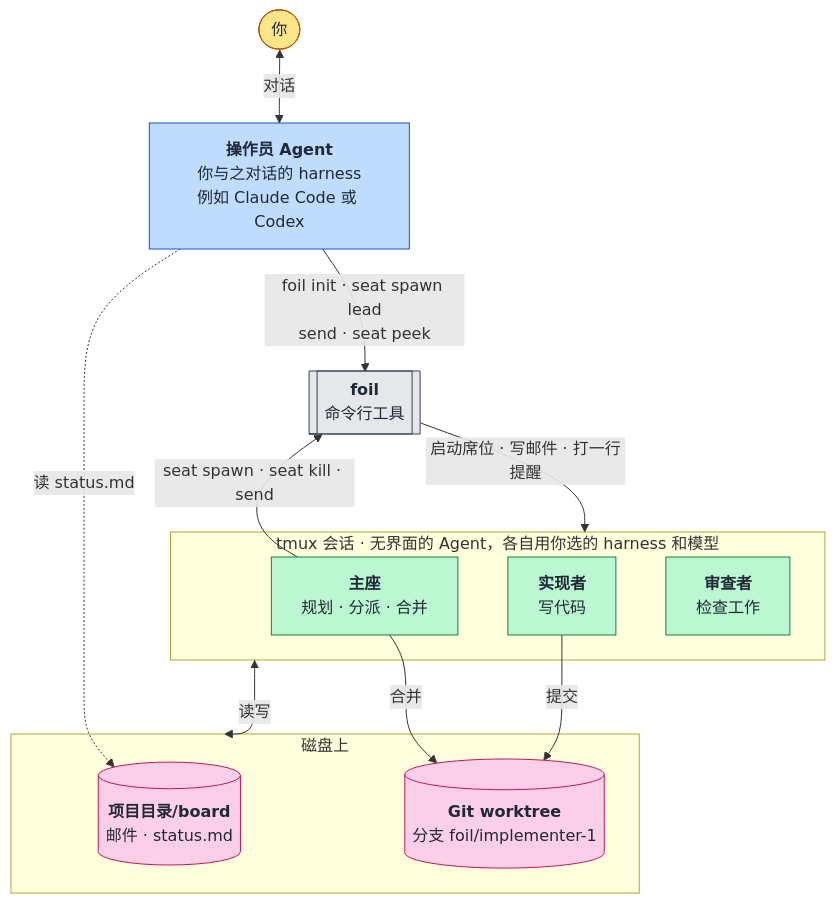
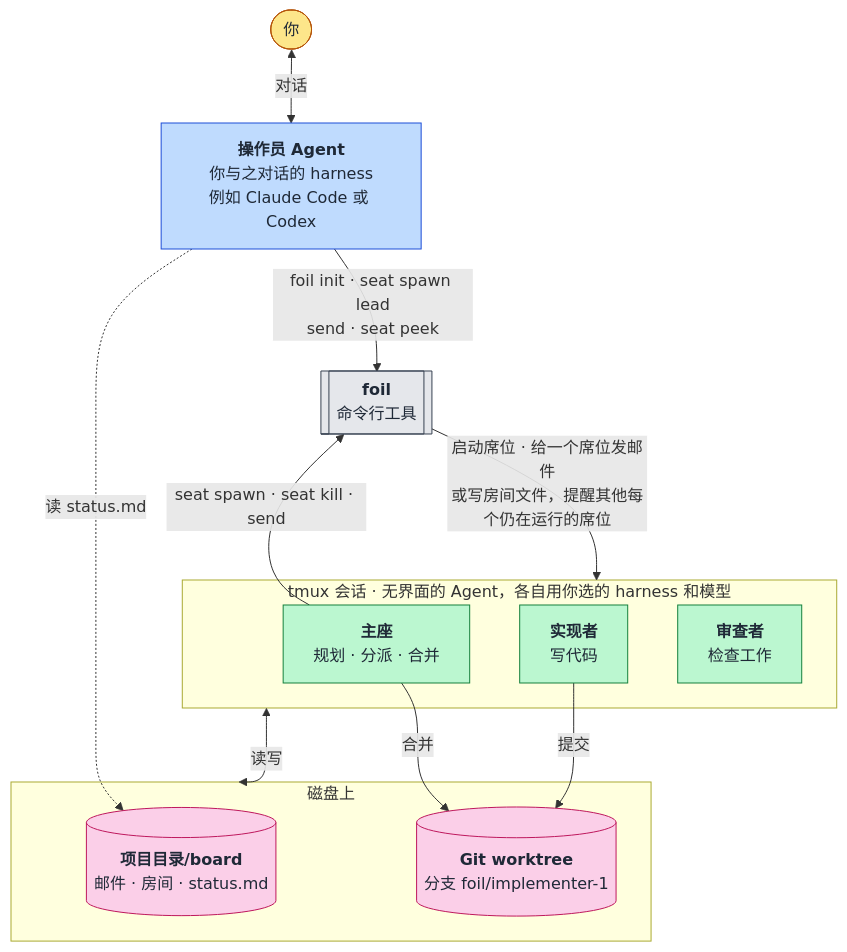
The diagram in README.zh-CN.md (TiantianFlow/foil), drawn with Mermaid before and after one commit. The commit also changed other lines of this file and 22 other files, not shown here.

````diff
--- a/README.zh-CN.md
+++ b/README.zh-CN.md
@@ -36,37 +36,37 @@
 ```mermaid
 flowchart TB
   you(["你"])
   operator["<b>操作员 Agent</b><br/>你与之对话的 harness<br/>例如 Claude Code 或 Codex"]
   foil[["<b>foil</b><br/>命令行工具"]]
 
   subgraph fleet["tmux 会话 · 无界面的 Agent，各自用你选的 harness 和模型"]
     lead["<b>主座</b><br/>规划 · 分派 · 合并"]
     impl["<b>实现者</b><br/>写代码"]
     rev["<b>审查者</b><br/>检查工作"]
   end
 
   subgraph disk["磁盘上"]
-    board[("<b>项目目录/board</b><br/>邮件 · status.md")]
+    board[("<b>项目目录/board</b><br/>邮件 · 房间 · status.md")]
     tree[("<b>Git worktree</b><br/>分支 foil/implementer-1")]
   end
 
   you <-->|对话| operator
   operator -->|"foil init · seat spawn lead<br/>send · seat peek"| foil
   lead -->|"seat spawn · seat kill · send"| foil
-  foil -->|"启动席位 · 写邮件 · 打一行提醒"| fleet
+  foil -->|"启动席位 · 给一个席位发邮件<br/>或写房间文件，提醒其他每个仍在运行的席位"| fleet
   fleet <-->|读写| disk
   impl -->|提交| tree
   lead -->|合并| tree
   operator -.->|读 status.md| board
 
   classDef human fill:#fde68a,stroke:#b45309,color:#1f2937
   classDef yours fill:#bfdbfe,stroke:#1d4ed8,color:#1f2937
   classDef tool fill:#e5e7eb,stroke:#374151,color:#1f2937
   classDef seat fill:#bbf7d0,stroke:#15803d,color:#1f2937
   classDef data fill:#fbcfe8,stroke:#be185d,color:#1f2937
   class you human
   class operator yours
   class foil tool
   class lead,impl,rev seat
   class board,tree data
 ```
````
